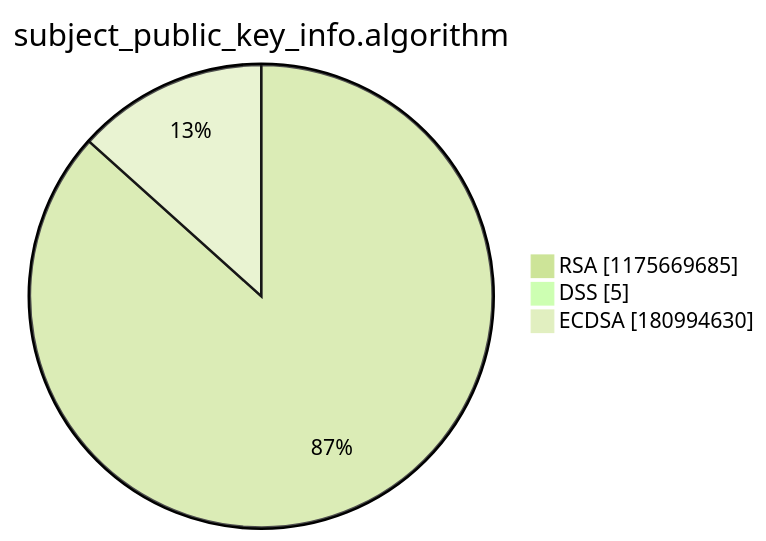
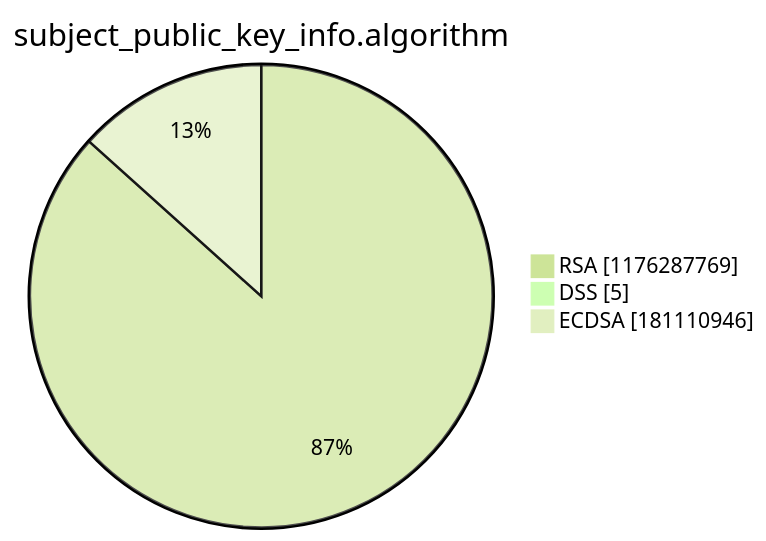
One commit to christiankrug/ctmonitor_visualization changed the third of 15 diagrams in argon2022/README.md. Above: the diagram before and after it, drawn with Mermaid (forest theme). The commit also changed other lines of this file, not shown here.

````diff
--- a/argon2022/README.md
+++ b/argon2022/README.md
@@ -14,7 +14,7 @@
 ```mermaid
 pie showData
 title subject_public_key_info.algorithm
-"RSA" :1175669685
+"RSA" :1176287769
 "DSS" :5
-"ECDSA" :180994630
+"ECDSA" :181110946
 ```
````
